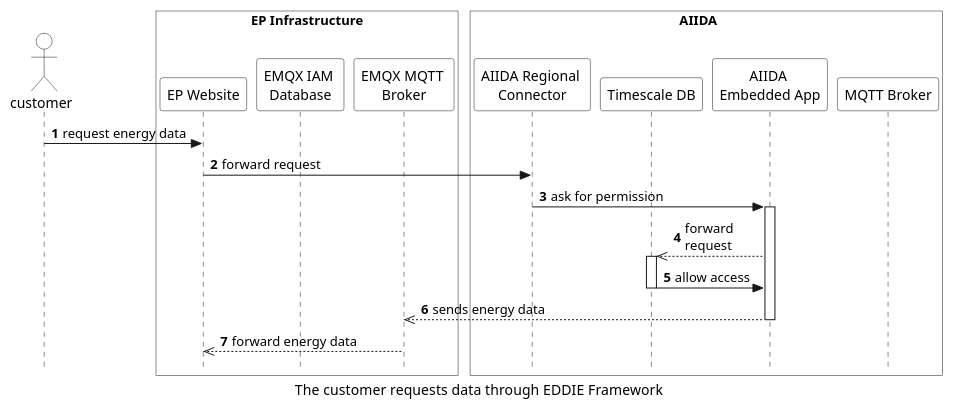
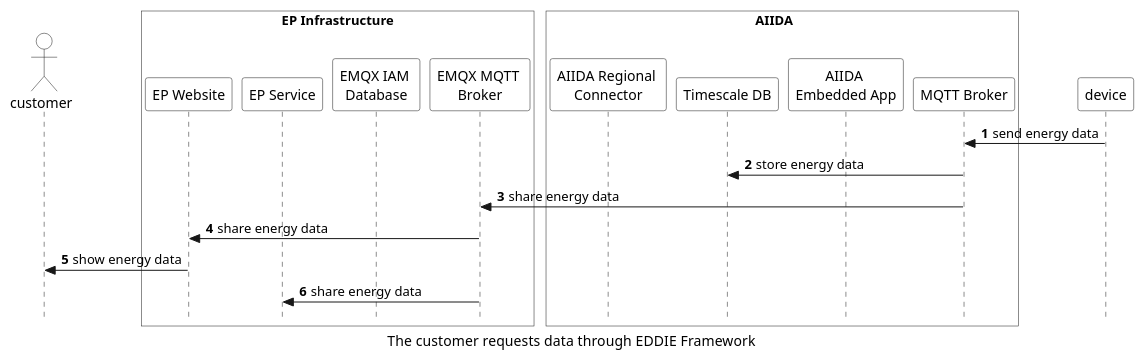
One commit to eddie-energy/architecture changed the diagram in arc42/aiida/runtime-view/figures/aiida_request_data.puml. Above: the diagram before and after it, drawn with PlantUML. The commit also changed 10 other files, not shown here.

```diff
--- a/arc42/aiida/runtime-view/figures/aiida_request_data.puml
+++ b/arc42/aiida/runtime-view/figures/aiida_request_data.puml
@@ -1,58 +1,40 @@
 @startuml aiida_request_data
 'sequence diagram
 caption The customer requests data through EDDIE  Framework
 
 skinparam style strictuml
 skinparam sequence {
   ParticipantBackgroundColor transparent
   ActorBackgroundColor transparent
 }
 
 autonumber
 !pragma teoz true
 actor customer
 
 box "Device" as device
 end box
 
 box "EP Infrastructure" #transparent
 
     participant "EP Website" as website
+       participant "EP Service" as service
       participant "EMQX IAM \nDatabase" as database
     participant "EMQX MQTT \nBroker" as mqttbroker
 end box
     box "\tAIIDA\t\t"  #transparent
     participant "AIIDA Regional \nConnector" as connector
      participant "Timescale DB" as timescale
       participant "AIIDA \nEmbedded App"  as app
       participant "MQTT Broker" as broker
   end box
 
 
 
-
-customer -> website : request energy data
-website -> connector : forward request
-
-
-connector -> app: ask for permission
-
-activate app 
-app -->> timescale : forward\nrequest
-activate timescale
-timescale -> app : allow access
-deactivate timescale
-app -->> mqttbroker  :sends energy data
-deactivate app
-
-deactivate connector
-
-deactivate timescale
-mqttbroker -->> website : forward energy data
-
-deactivate database
-
-
-
-
+device -> broker : send energy data
+broker -> timescale : store energy data
+broker -> mqttbroker : share energy data 
+mqttbroker -> website : share energy data  
+website -> customer : show energy data
+mqttbroker -> service : share energy data
 @enduml
```
